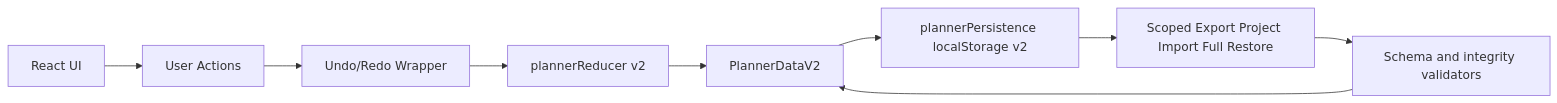
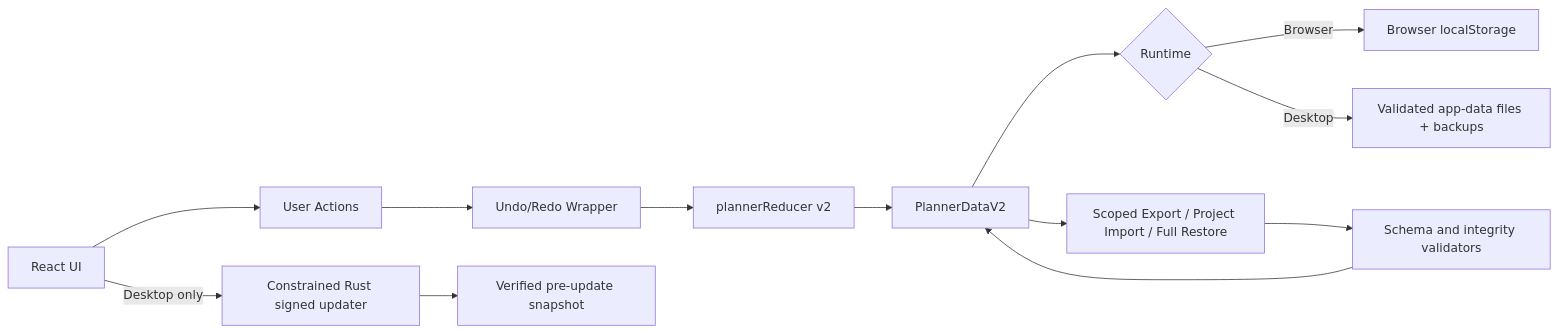
One commit to Nobodyworld/app-planner-buckets changed the diagram in README.md. Above: the diagram before and after it, drawn with Mermaid. The commit also changed other lines of this file and 10 other files, not shown here.

````diff
--- a/README.md
+++ b/README.md
@@ -175,11 +156,15 @@
 ```mermaid
 flowchart LR
    UI[React UI] --> Actions[User Actions]
    Actions --> History[Undo/Redo Wrapper]
    History --> Reducer[plannerReducer v2]
    Reducer --> State[PlannerDataV2]
-   State --> Persist[plannerPersistence localStorage v2]
-   Persist --> ImportExport[Scoped Export Project Import Full Restore]
+   State --> Runtime{Runtime}
+   Runtime -->|Browser| LocalStorage[Browser localStorage]
+   Runtime -->|Desktop| NativeStore[Validated app-data files + backups]
+   State --> ImportExport[Scoped Export / Project Import / Full Restore]
    ImportExport --> Validation[Schema and integrity validators]
    Validation --> State
+   UI -->|Desktop only| Updater[Constrained Rust signed updater]
+   Updater --> Snapshot[Verified pre-update snapshot]
 ```
````
